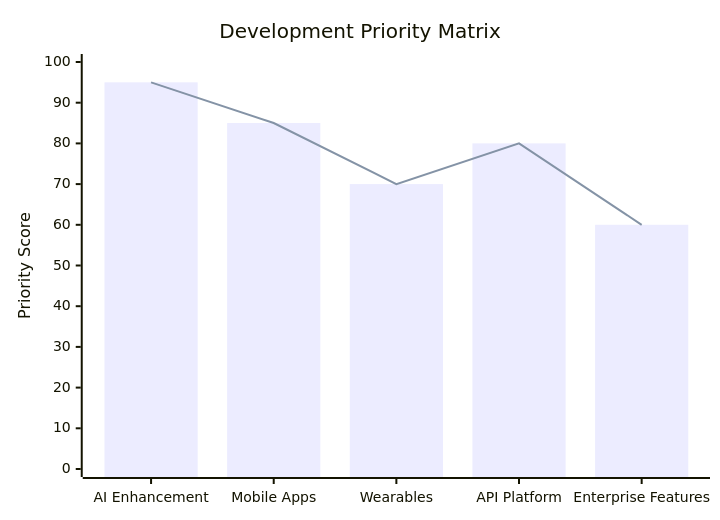
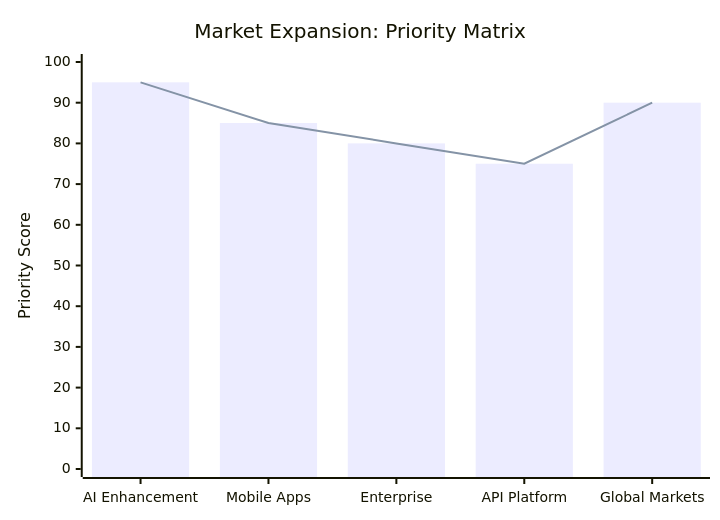
Diagram 11 of 11 in README.md (Iceman-Dann/Medly), drawn with Mermaid before and after one commit. The commit also changed other lines of this file, not shown here.

````diff
--- a/README.md
+++ b/README.md
@@ -232,8 +213,8 @@
 ```mermaid
 xychart-beta
-    title "Development Priority Matrix"
-    x-axis ["AI Enhancement", "Mobile Apps", "Wearables", "API Platform", "Enterprise Features"]
+    title "Market Expansion: Priority Matrix"
+    x-axis ["AI Enhancement", "Mobile Apps", "Enterprise", "API Platform", "Global Markets"]
     y-axis "Priority Score" 0 --> 100
-    bar [95, 85, 70, 80, 60]
-    line [95, 85, 70, 80, 60]
+    bar [95, 85, 80, 75, 90]
+    line [95, 85, 80, 75, 90]
 ```
````
